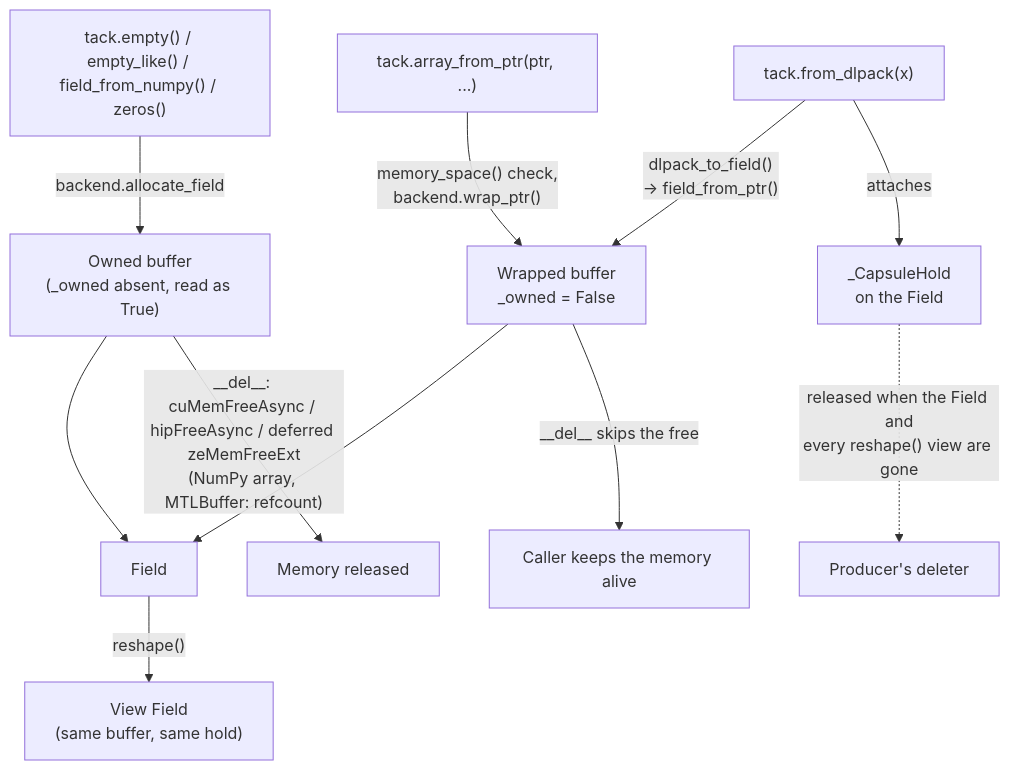
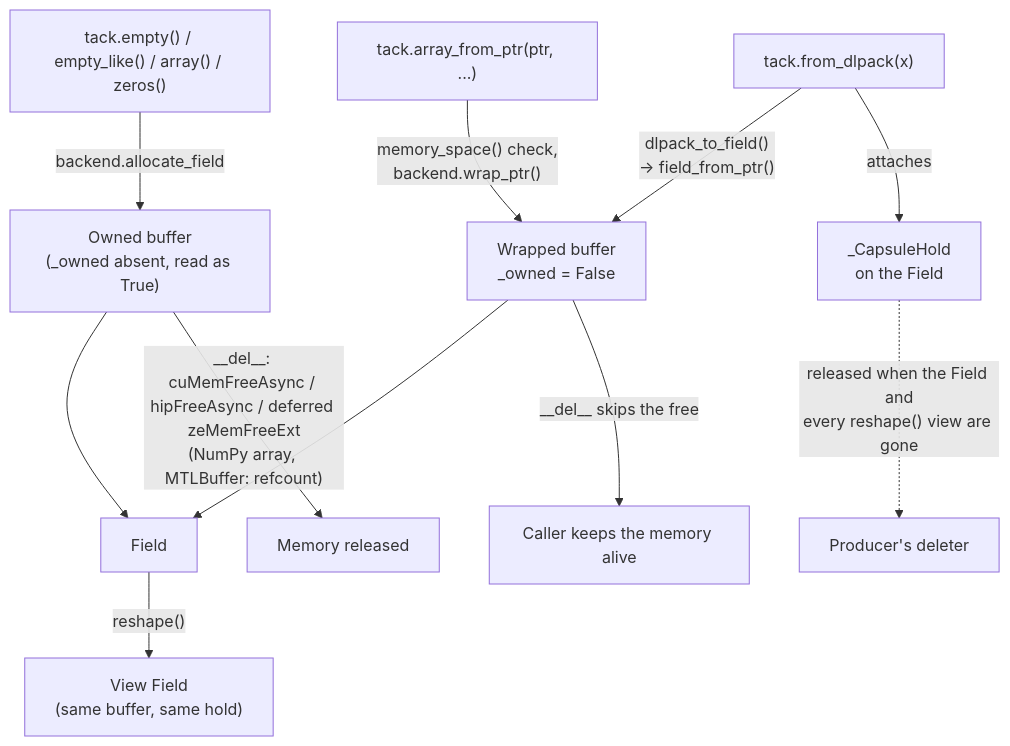
Before and after one commit to berkgeveci/tack: the diagram in docs/design/memory-and-aliasing.md, drawn with Mermaid. The commit also changed other lines of this file and 52 other files, not shown here.

````diff
--- a/docs/design/memory-and-aliasing.md
+++ b/docs/design/memory-and-aliasing.md
@@ -114,13 +114,13 @@
 ```mermaid
 flowchart TD
-    A["tack.empty() / empty_like() / field_from_numpy() / zeros()"] -->|backend.allocate_field| OWN["Owned buffer<br/>(_owned absent, read as True)"]
+    A["tack.empty() / empty_like() / array() / zeros()"] -->|backend.allocate_field| OWN["Owned buffer<br/>(_owned absent, read as True)"]
     B["tack.array_from_ptr(ptr, ...)"] -->|"memory_space() check,<br/>backend.wrap_ptr()"| WRAP["Wrapped buffer<br/>_owned = False"]
     C["tack.from_dlpack(x)"] -->|"dlpack_to_field()<br/>→ field_from_ptr()"| WRAP
     C -->|attaches| HOLD["_CapsuleHold<br/>on the Field"]
     OWN --> F["Field"]
     WRAP --> F
     F -->|"reshape()"| V["View Field<br/>(same buffer, same hold)"]
     HOLD -.->|"released when the Field and<br/>every reshape() view are gone"| PROD["Producer's deleter"]
     OWN -->|"__del__: cuMemFreeAsync / hipFreeAsync / deferred zeMemFreeExt<br/>(NumPy array, MTLBuffer: refcount)"| FREE["Memory released"]
     WRAP -->|"__del__ skips the free"| KEEP["Caller keeps the memory alive"]
 ```
````
